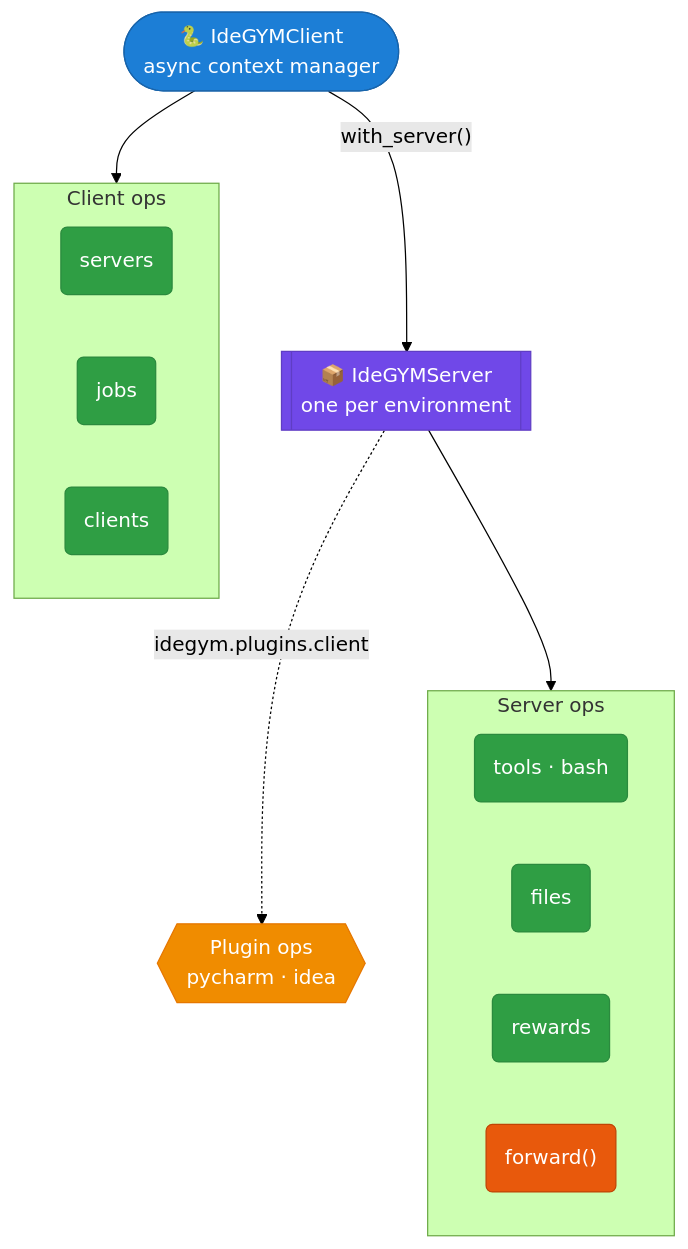
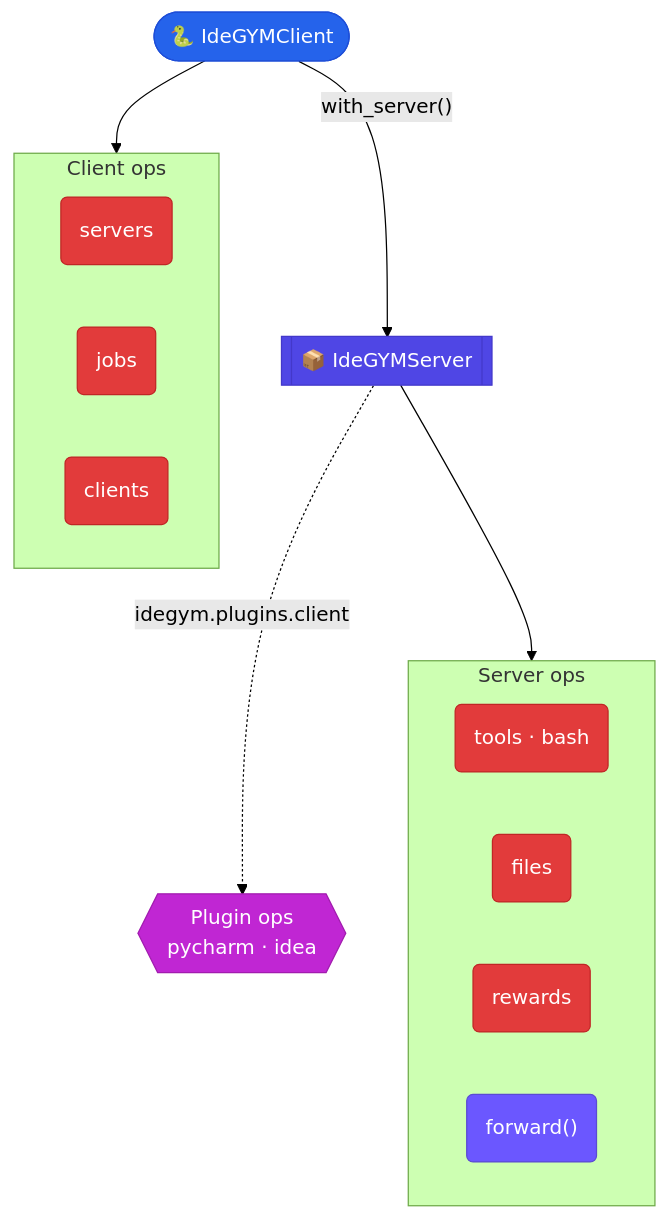
One commit to JetBrains-Research/idegym changed the diagram in website/docs/architecture/client.md. Above: the diagram before and after it, drawn with Mermaid (forest theme). The commit also changed 9 other files, not shown here.

First line of the commit message:
[JBRes-9938] recolor diagrams to brand palette + tighten & un-stretch

````diff
--- a/website/docs/architecture/client.md
+++ b/website/docs/architecture/client.md
@@ -15,39 +15,39 @@
 ```mermaid
 flowchart TB
-    client(["🐍 IdeGYMClient<br/>async context manager"]):::client
-    server[["📦 IdeGYMServer<br/>one per environment"]]:::pod
+    client(["🐍 IdeGYMClient"]):::client
+    server[["📦 IdeGYMServer"]]:::pod
     client -->|"with_server()"| server
 
     subgraph cops["Client ops"]
         servers_op("servers"):::tool
         jobs_op("jobs"):::tool
         clients_op("clients"):::tool
     end
 
     subgraph sops["Server ops"]
         tools_op("tools · bash"):::tool
         files_op("files"):::tool
         rewards_op("rewards"):::tool
         fwd("forward()"):::ctrl
     end
 
     plugin_ops{{"Plugin ops<br/>pycharm · idea"}}:::build
 
     client --> cops
     server --> sops
     server -.->|"idegym.plugins.client"| plugin_ops
 
     click client "https://github.com/JetBrains-Research/idegym/blob/main/client/src/idegym/client/client.py" "IdeGYMClient source"
     click server "https://github.com/JetBrains-Research/idegym/blob/main/client/src/idegym/client/server.py" "IdeGYMServer source"
     click fwd "https://github.com/JetBrains-Research/idegym/blob/main/client/src/idegym/client/operations/forwarding.py" "forwarding source"
     click servers_op "https://github.com/JetBrains-Research/idegym/blob/main/client/src/idegym/client/operations/servers.py" "servers ops source"
     click jobs_op "https://github.com/JetBrains-Research/idegym/blob/main/client/src/idegym/client/operations/jobs.py" "jobs ops source"
     click tools_op "https://github.com/JetBrains-Research/idegym/blob/main/client/src/idegym/client/operations/tools.py" "tools ops source"
     click rewards_op "https://github.com/JetBrains-Research/idegym/blob/main/client/src/idegym/client/operations/rewards.py" "rewards ops source"
 
-    classDef client fill:#1c7ed6,stroke:#1864ab,color:#fff;
-    classDef pod fill:#7048e8,stroke:#5f3dc4,color:#fff;
-    classDef tool fill:#2f9e44,stroke:#2b8a3e,color:#fff;
-    classDef ctrl fill:#e8590c,stroke:#c04405,color:#fff;
-    classDef build fill:#f08c00,stroke:#e67700,color:#fff;
+    classDef client fill:#2563eb,stroke:#1d4ed8,color:#fff;
+    classDef pod fill:#4f46e5,stroke:#4338ca,color:#fff;
+    classDef tool fill:#e23b3b,stroke:#c02626,color:#fff;
+    classDef ctrl fill:#6b57ff,stroke:#5b4bd2,color:#fff;
+    classDef build fill:#c026d3,stroke:#a21caf,color:#fff;
 ```
````
